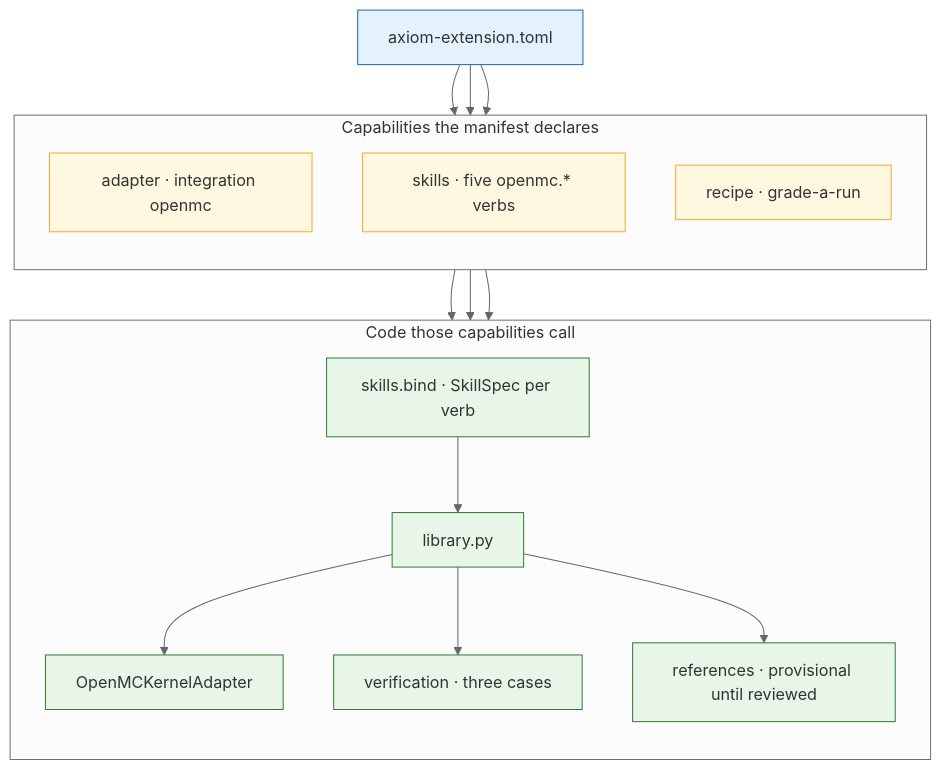
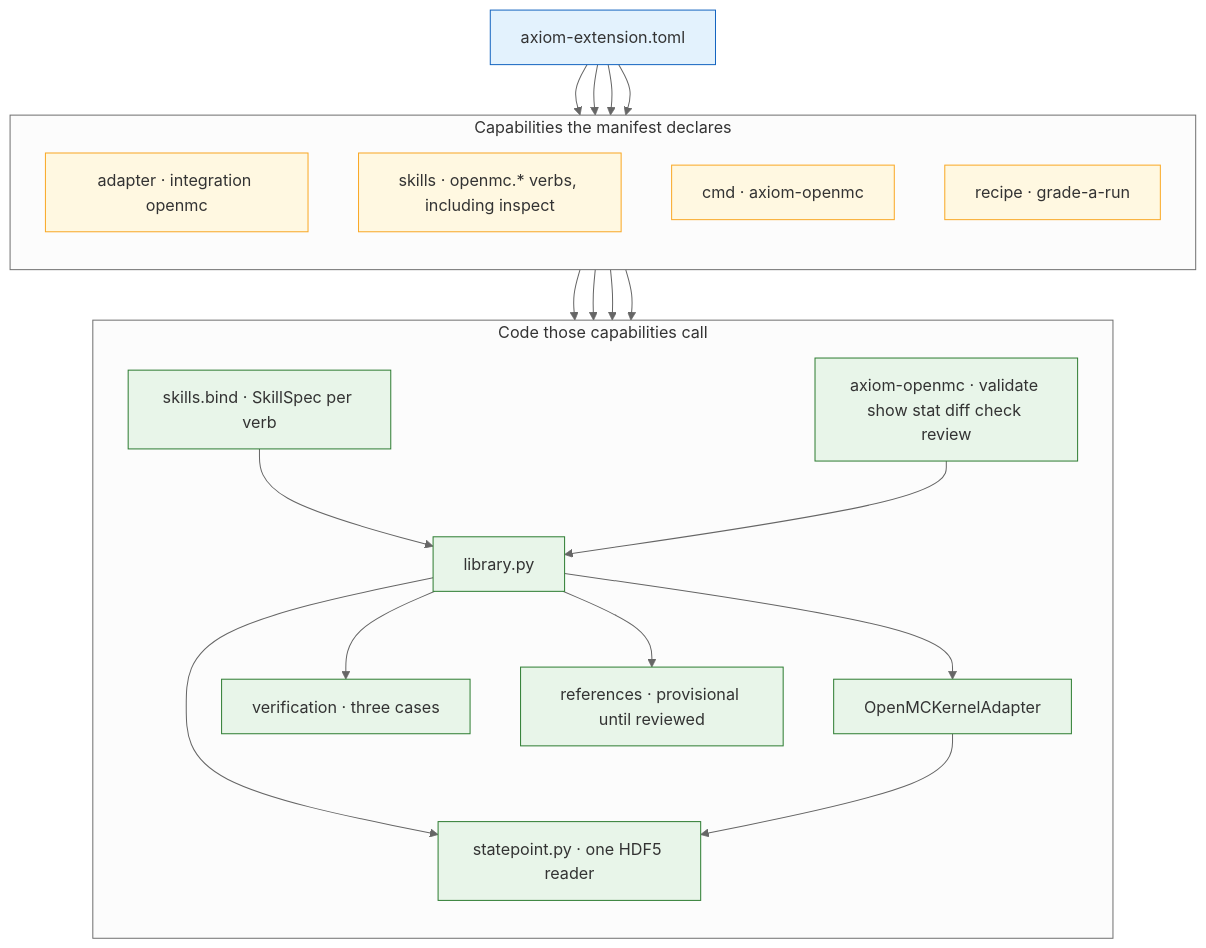
The first of 2 diagrams in README.md (UT-Computational-NE/axiom-ext-openmc), drawn with Mermaid (neutral theme) before and after one commit. The commit also changed other lines of this file and 27 other files, not shown here.

First line of the commit message:
feat: inspect OpenMC models and statepoints from one library

````diff
--- a/README.md
+++ b/README.md
@@ -21,38 +21,46 @@
 ```mermaid
 flowchart TB
   manifest["axiom-extension.toml"]
 
   subgraph declared["Capabilities the manifest declares"]
     direction TB
     capAdapter["adapter · integration openmc"]
-    capSkills["skills · five openmc.* verbs"]
+    capSkills["skills · openmc.* verbs, including inspect"]
+    capCmd["cmd · axiom-openmc"]
     capRecipe["recipe · grade-a-run"]
   end
 
   subgraph code["Code those capabilities call"]
     direction TB
     skills["skills.bind · SkillSpec per verb"]
+    cli["axiom-openmc · validate show stat diff check review"]
     library["library.py"]
+    reader["statepoint.py · one HDF5 reader"]
     adapter["OpenMCKernelAdapter"]
     ladder["verification · three cases"]
     refs["references · provisional until reviewed"]
   end
 
   manifest --> capAdapter
   manifest --> capSkills
+  manifest --> capCmd
   manifest --> capRecipe
   capAdapter --> adapter
   capSkills --> skills
+  capCmd --> cli
   capRecipe --> skills
   skills --> library
+  cli --> library
   library --> adapter
+  library --> reader
+  adapter --> reader
   library --> ladder
   library --> refs
 
   classDef paper fill:#e3f2fd,stroke:#1565c0,color:#333
   classDef decl fill:#fff8e1,stroke:#f9a825,color:#333
   classDef impl fill:#e8f5e9,stroke:#2e7d32,color:#333
   class manifest paper
-  class capAdapter,capSkills,capRecipe decl
-  class skills,library,adapter,ladder,refs impl
+  class capAdapter,capSkills,capCmd,capRecipe decl
+  class skills,cli,library,reader,adapter,ladder,refs impl
 ```
````
